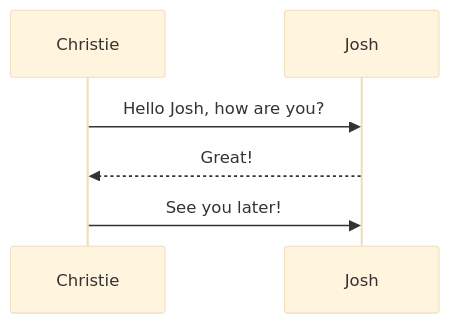
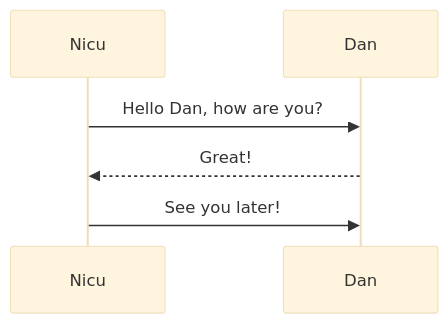
The diagram in README.md (dan-danciu/amplify-demo), drawn with Mermaid (base theme) before and after one commit.

Commit message:
sdsdsdads

````diff
--- a/README.md
+++ b/README.md
@@ -31,6 +31,6 @@
 ``` mermaid
 sequenceDiagram
-    Christie->>Josh: Hello Josh, how are you?
-    Josh-->>Christie: Great!
-    Christie->>Josh: See you later!
+    Nicu->>Dan: Hello Dan, how are you?
+    Dan-->>Nicu: Great!
+    Nicu->>Dan: See you later!
 ```
````
